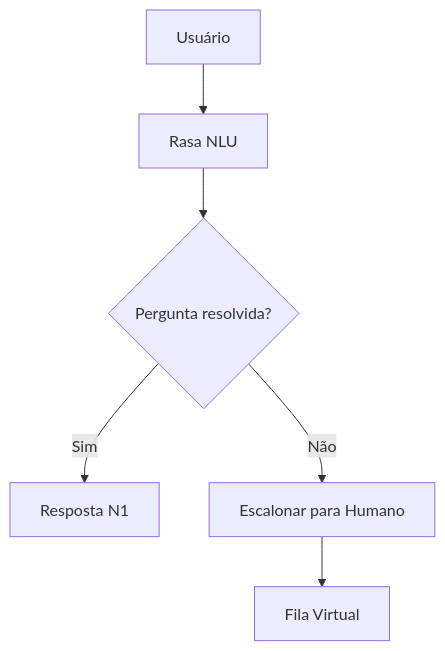
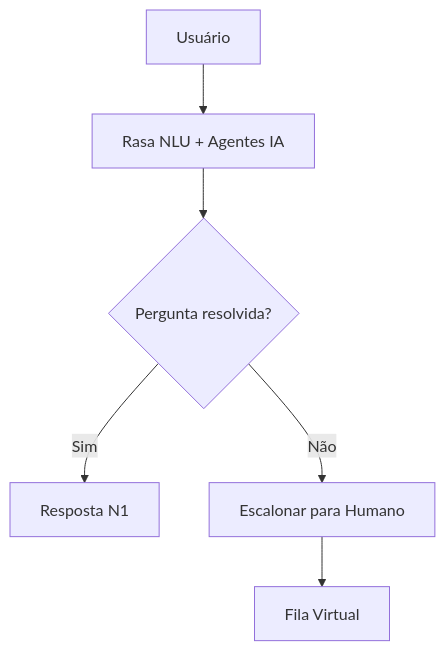
Before and after one commit to nailtongomes/cpsi-cnj: the second of 3 diagrams in docs/arquitetura_piloto.md, drawn with Mermaid. The commit also changed other lines of this file, not shown here.

````diff
--- a/docs/arquitetura_piloto.md
+++ b/docs/arquitetura_piloto.md
@@ -94,8 +94,8 @@
 ```mermaid
 flowchart TD
-    U[Usuário] --> NLU[Rasa NLU]
+    U[Usuário] --> NLU[Rasa NLU + Agentes IA]
     NLU --> D{Pergunta resolvida?}
     D -- Sim --> A1[Resposta N1]
     D -- Não --> A2[Escalonar para Humano]
     A2 --> Queue[Fila Virtual]
 ```
````
